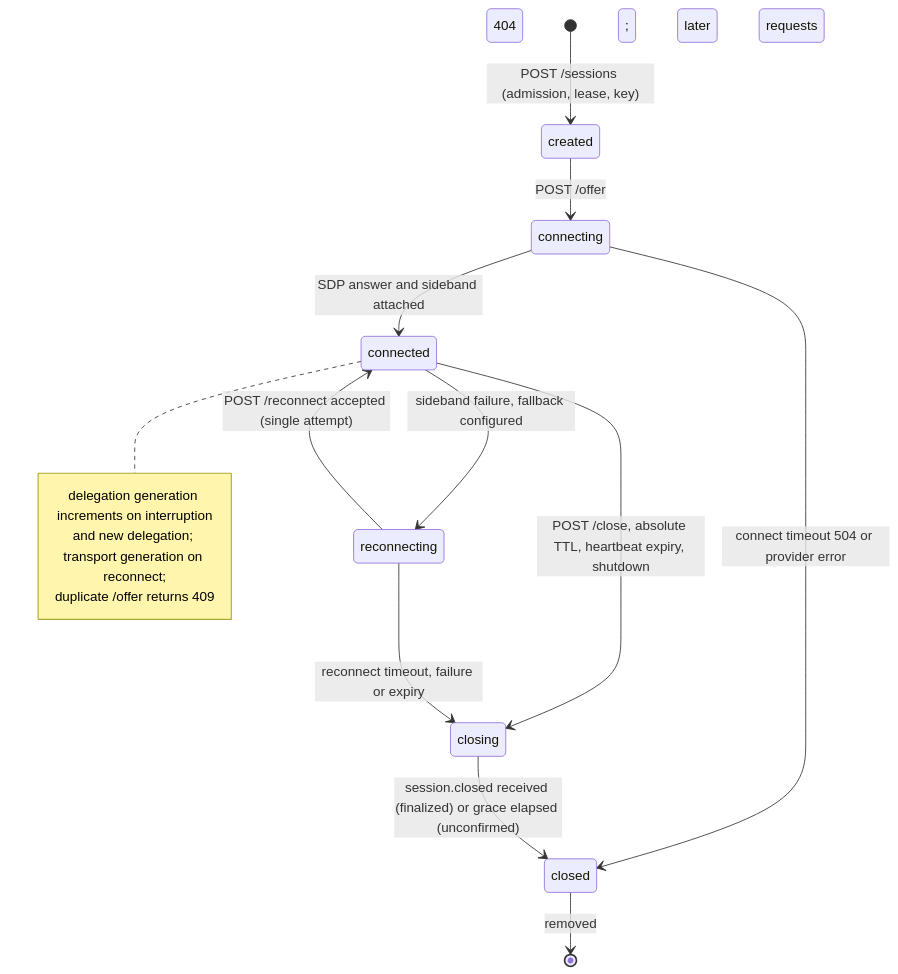
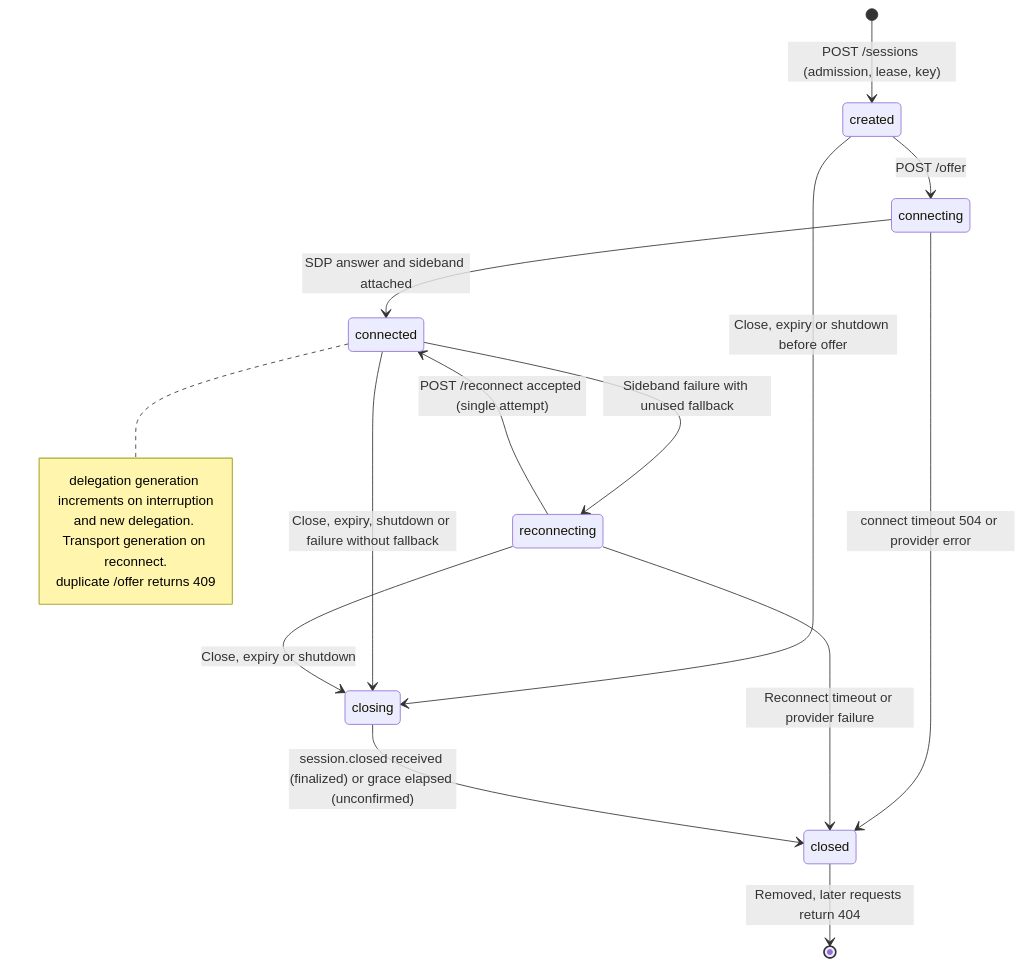
One commit to savbiz/voice-delegate changed the fourth of 4 diagrams in docs/architecture.md. Above: the diagram before and after it, drawn with Mermaid. The commit also changed other lines of this file, not shown here.

Commit message:
docs: fix Mermaid diagrams and align session lifecycle

````diff
--- a/docs/architecture.md
+++ b/docs/architecture.md
@@ -103,18 +102,20 @@
 ```mermaid
 stateDiagram-v2
     [*] --> created: POST /sessions (admission, lease, key)
     created --> connecting: POST /offer
+    created --> closing: Close, expiry or shutdown before offer
     connecting --> connected: SDP answer and sideband attached
     connecting --> closed: connect timeout 504 or provider error
-    connected --> reconnecting: sideband failure, fallback configured
-    connected --> closing: POST /close, absolute TTL, heartbeat expiry, shutdown
+    connected --> reconnecting: Sideband failure with unused fallback
+    connected --> closing: Close, expiry, shutdown or failure without fallback
     reconnecting --> connected: POST /reconnect accepted (single attempt)
-    reconnecting --> closing: reconnect timeout, failure or expiry
+    reconnecting --> closing: Close, expiry or shutdown
+    reconnecting --> closed: Reconnect timeout or provider failure
     closing --> closed: session.closed received (finalized) or grace elapsed (unconfirmed)
-    closed --> [*]: removed; later requests 404
+    closed --> [*]: Removed, later requests return 404
     note right of connected
         delegation generation increments on interruption
-        and new delegation; transport generation on reconnect;
+        and new delegation. Transport generation on reconnect.
         duplicate /offer returns 409
     end note
 ```
````
